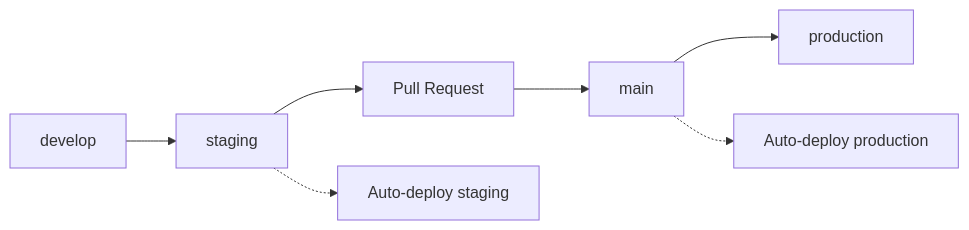
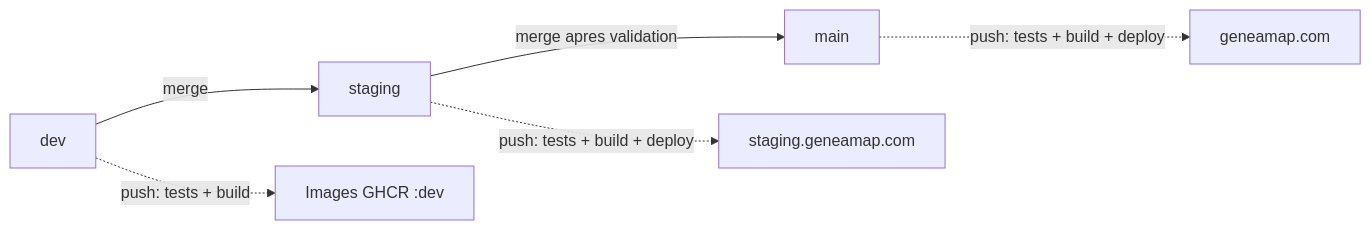
One commit to RedakArraid/genea changed the diagram in README-CICD.md. Above: the diagram before and after it, drawn with Mermaid. The commit also changed other lines of this file and 68 other files, not shown here.

First line of the commit message:
Prepare geneamap.com launch: R2 storage, Traefik compose, CI/CD dev/staging/main

````diff
--- a/README-CICD.md
+++ b/README-CICD.md
@@ -135,10 +8,9 @@
 ```mermaid
-graph LR
-    A[develop] --> B[staging]
-    B --> C[Pull Request]
-    C --> D[main]
-    D --> E[production]
-    
-    B -.-> F[Auto-deploy staging]
-    D -.-> G[Auto-deploy production]
+flowchart LR
+  devB[dev] -->|merge| stagingB[staging]
+  stagingB -->|merge apres validation| mainB[main]
+
+  devB -.->|push: tests + build| ghcr[Images GHCR :dev]
+  stagingB -.->|push: tests + build + deploy| stagingEnv[staging.geneamap.com]
+  mainB -.->|push: tests + build + deploy| prodEnv[geneamap.com]
 ```
````
